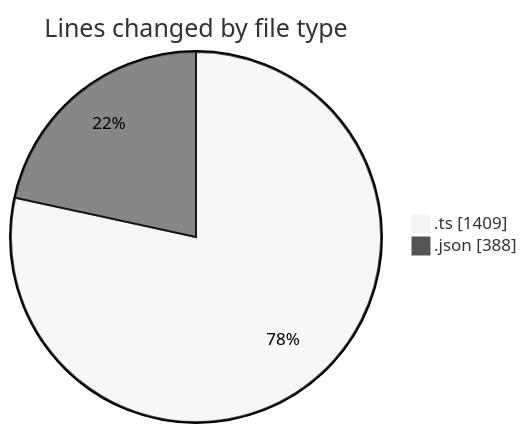
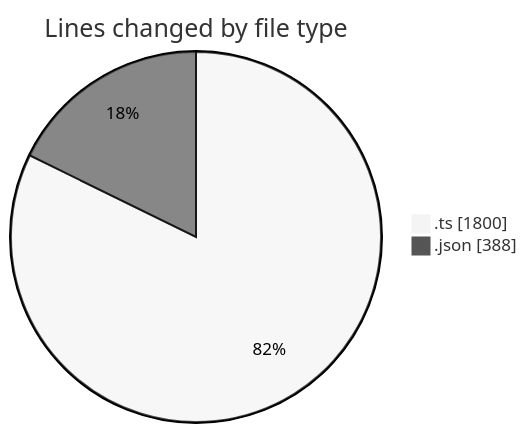
Before and after one commit to charlie-sans/code-tracking: the first of 2 diagrams in 2025-04-30/masm-lsp/README.md, drawn with Mermaid (neutral theme). The commit also changed other lines of this file and 1 other file, not shown here.

````diff
--- a/2025-04-30/masm-lsp/README.md
+++ b/2025-04-30/masm-lsp/README.md
@@ -21,6 +22,6 @@
 ```mermaid
 pie showData
 title Lines changed by file type
-".ts" : 1409
+".ts" : 1800
 ".json" : 388
 ```
````
